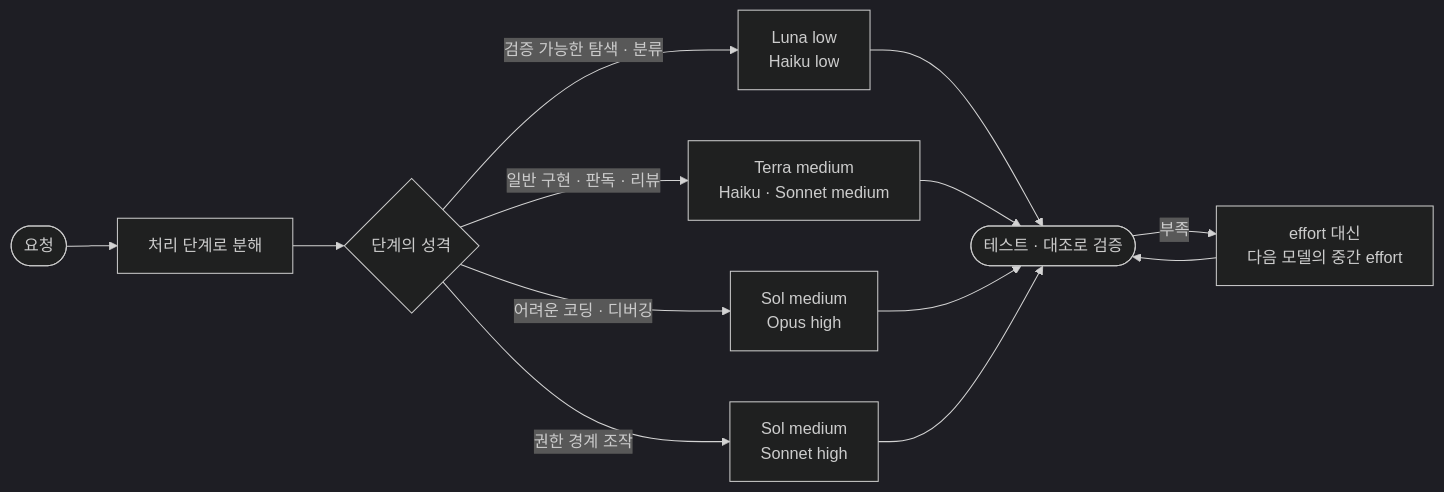
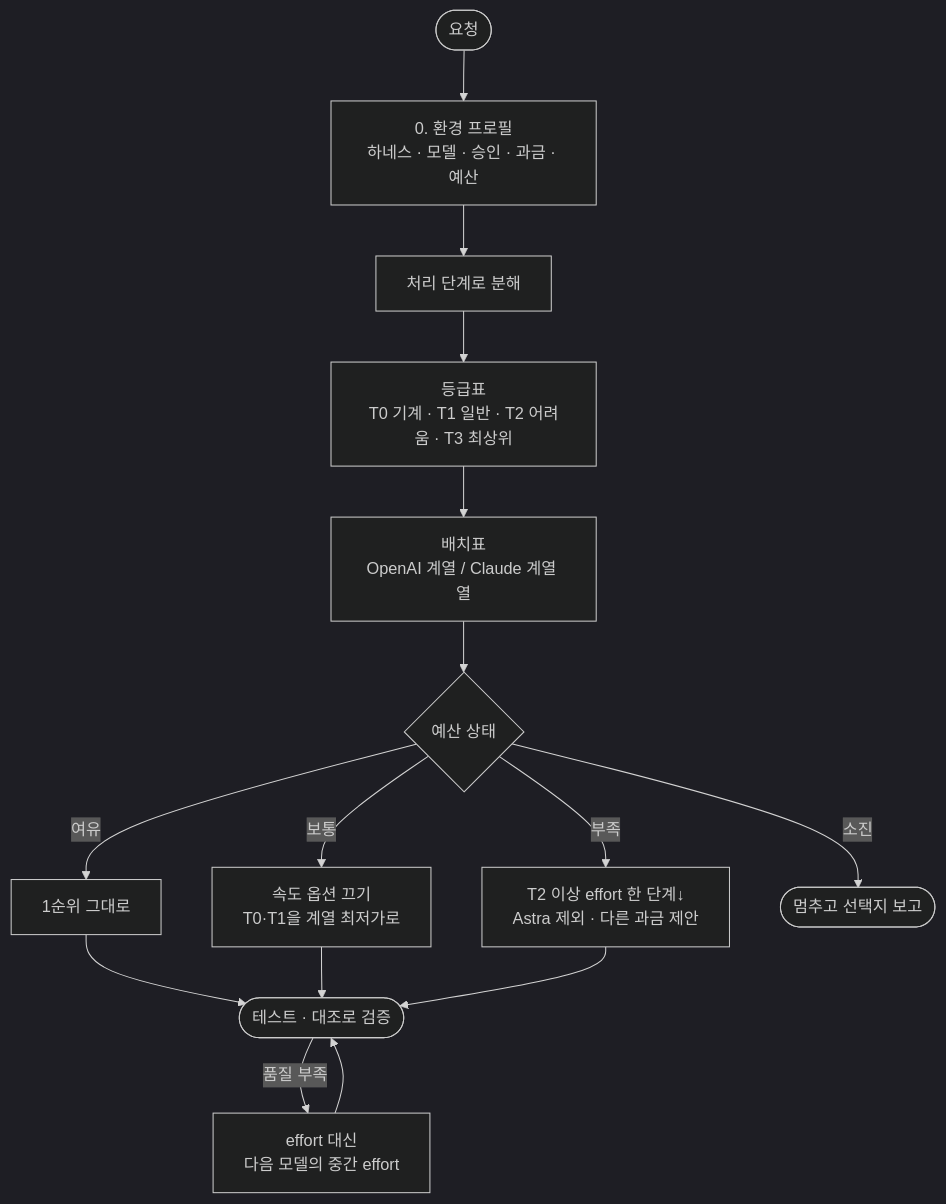
Before and after one commit to sangwookp9591/model-routing: the diagram in README.md, drawn with Mermaid (dark theme). The commit also changed other lines of this file, not shown here.

````diff
--- a/README.md
+++ b/README.md
@@ -53,12 +72,15 @@
 ```mermaid
-flowchart LR
-    A([요청]) --> B[처리 단계로 분해]
-    B --> C{단계의 성격}
-    C -->|검증 가능한 탐색 · 분류| D[Luna low<br/>Haiku low]
-    C -->|일반 구현 · 판독 · 리뷰| E[Terra medium<br/>Haiku · Sonnet medium]
-    C -->|어려운 코딩 · 디버깅| F[Sol medium<br/>Opus high]
-    C -->|권한 경계 조작| G[Sol medium<br/>Sonnet high]
-    D & E & F & G --> V([테스트 · 대조로 검증])
-    V -->|부족| U[effort 대신<br/>다음 모델의 중간 effort]
+flowchart TD
+    A([요청]) --> P["0. 환경 프로필<br/>하네스 · 모델 · 승인 · 과금 · 예산"]
+    P --> S[처리 단계로 분해]
+    S --> T["등급표<br/>T0 기계 · T1 일반 · T2 어려움 · T3 최상위"]
+    T --> M["배치표<br/>OpenAI 계열 / Claude 계열 열"]
+    M --> B{예산 상태}
+    B -->|여유| R1[1순위 그대로]
+    B -->|보통| R2["속도 옵션 끄기<br/>T0·T1을 계열 최저가로"]
+    B -->|부족| R3["T2 이상 effort 한 단계↓<br/>Astra 제외 · 다른 과금 제안"]
+    B -->|소진| R4([멈추고 선택지 보고])
+    R1 & R2 & R3 --> V([테스트 · 대조로 검증])
+    V -->|품질 부족| U["effort 대신<br/>다음 모델의 중간 effort"]
     U --> V
 ```
````
